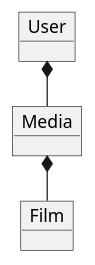
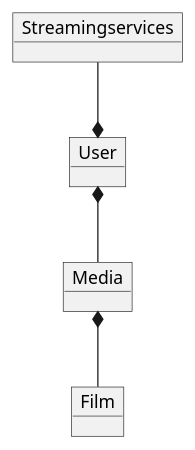
Before and after one commit to LauraRaun/Sp3Chill: the diagram in diagrams/static/domæne.puml, drawn with PlantUML. The commit also changed 2 other files, not shown here.

Commit message:
ændring på diagrammerne

```diff
--- a/diagrams/static/domæne.puml
+++ b/diagrams/static/domæne.puml
@@ -1,12 +1,11 @@
 @startuml
-!pragma layout smetana
-
 
 object User
 object Media
 User *-- Media
 object Film
 Media*--Film
-
+object Streamingservices
+Streamingservices--*User
 
 @enduml
```
